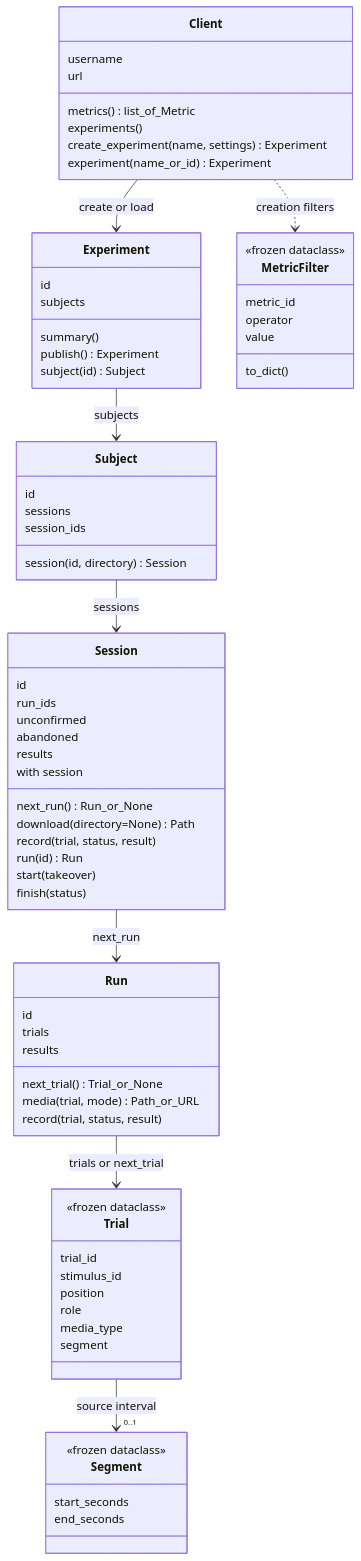
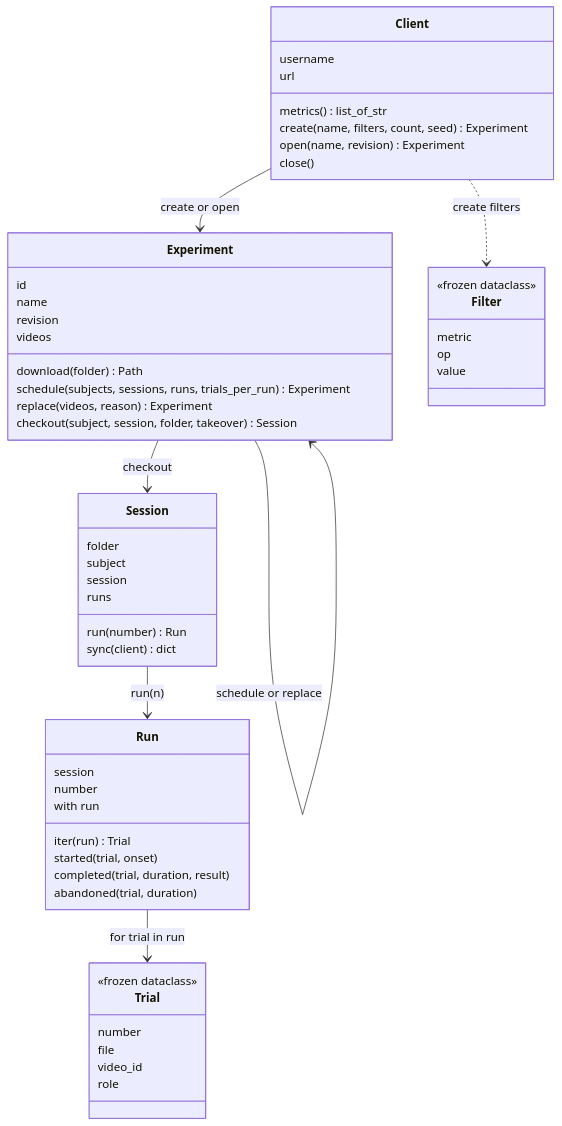
One commit to StanfordDigitalBrainProject/dbstim changed the diagram in docs/api-classes.md. Above: the diagram before and after it, drawn with Mermaid. The commit also changed other lines of this file and 15 other files, not shown here.

````diff
--- a/docs/api-classes.md
+++ b/docs/api-classes.md
@@ -7,75 +7,58 @@
 ```mermaid
 classDiagram
     direction TB
     class Client {
         username
         url
-        metrics() list_of_Metric
-        experiments()
-        create_experiment(name, settings) Experiment
-        experiment(name_or_id) Experiment
+        metrics() list_of_str
+        create(name, filters, count, seed) Experiment
+        open(name, revision) Experiment
+        close()
     }
     class Experiment {
         id
-        summary()
-        subjects
-        publish() Experiment
-        subject(id) Subject
-    }
-    class Subject {
-        id
-        sessions
-        session_ids
-        session(id, directory) Session
+        name
+        revision
+        videos
+        download(folder) Path
+        schedule(subjects, sessions, runs, trials_per_run) Experiment
+        replace(videos, reason) Experiment
+        checkout(subject, session, folder, takeover) Session
     }
     class Session {
-        id
-        run_ids
-        unconfirmed
-        abandoned
-        results
-        with session
-        next_run() Run_or_None
-        download(directory=None) Path
-        record(trial, status, result)
-        run(id) Run
-        start(takeover)
-        finish(status)
+        folder
+        subject
+        session
+        runs
+        run(number) Run
+        sync(client) dict
     }
     class Run {
-        id
-        trials
-        results
-        next_trial() Trial_or_None
-        media(trial, mode) Path_or_URL
-        record(trial, status, result)
+        session
+        number
+        with run
+        iter(run) Trial
+        started(trial, onset)
+        completed(trial, duration, result)
+        abandoned(trial, duration)
     }
     class Trial {
         <<frozen dataclass>>
-        trial_id
-        stimulus_id
-        position
+        number
+        file
+        video_id
         role
-        media_type
-        segment
     }
-    class Segment {
+    class Filter {
         <<frozen dataclass>>
-        start_seconds
-        end_seconds
+        metric
+        op
+        value
     }
-    class MetricFilter {
-        <<frozen dataclass>>
-        metric_id
-        operator
-        value
-        to_dict()
-    }
-    Client --> Experiment : create or load
-    Experiment --> Subject : subjects
-    Subject --> Session : sessions
-    Session --> Run : next_run
-    Run --> Trial : trials or next_trial
-    Trial --> "0..1" Segment : source interval
-    Client ..> MetricFilter : creation filters
+    Client --> Experiment : create or open
+    Experiment --> Experiment : schedule or replace
+    Experiment --> Session : checkout
+    Session --> Run : run(n)
+    Run --> Trial : for trial in run
+    Client ..> Filter : create filters
 ```
````
